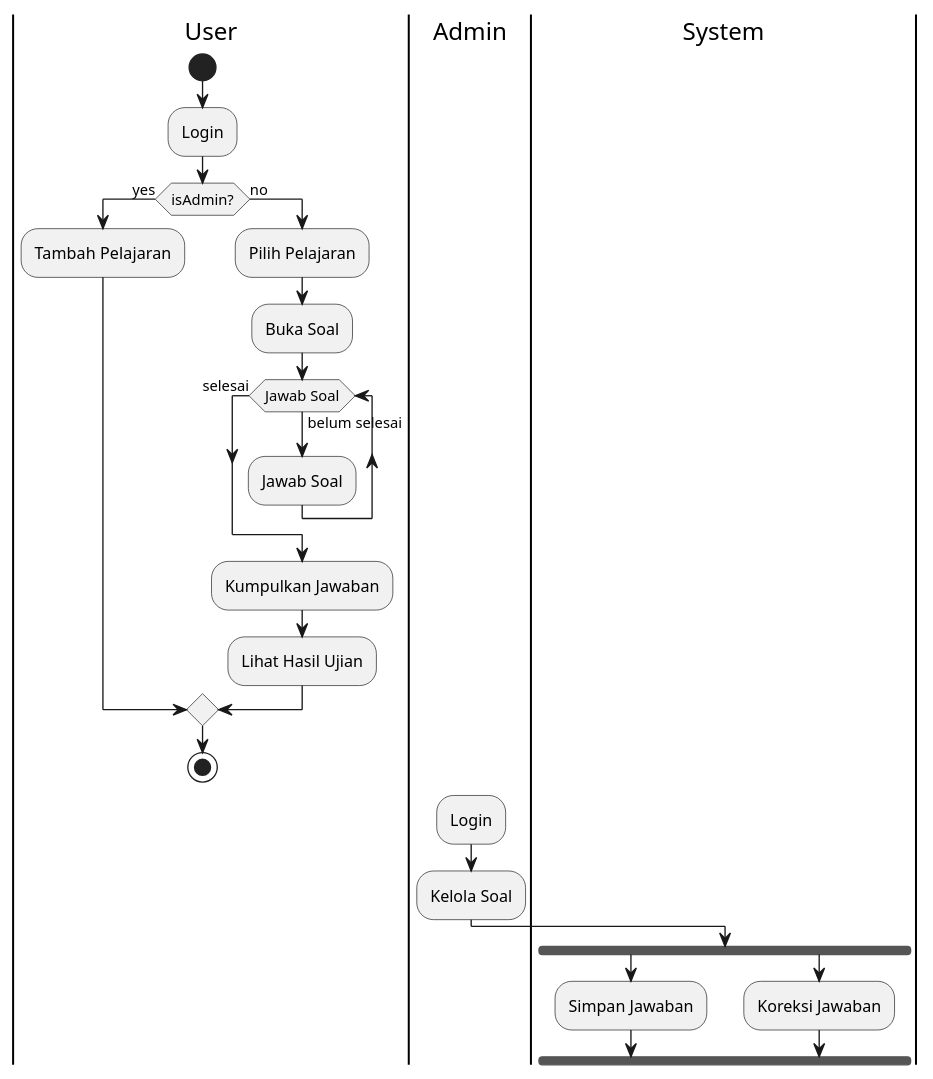
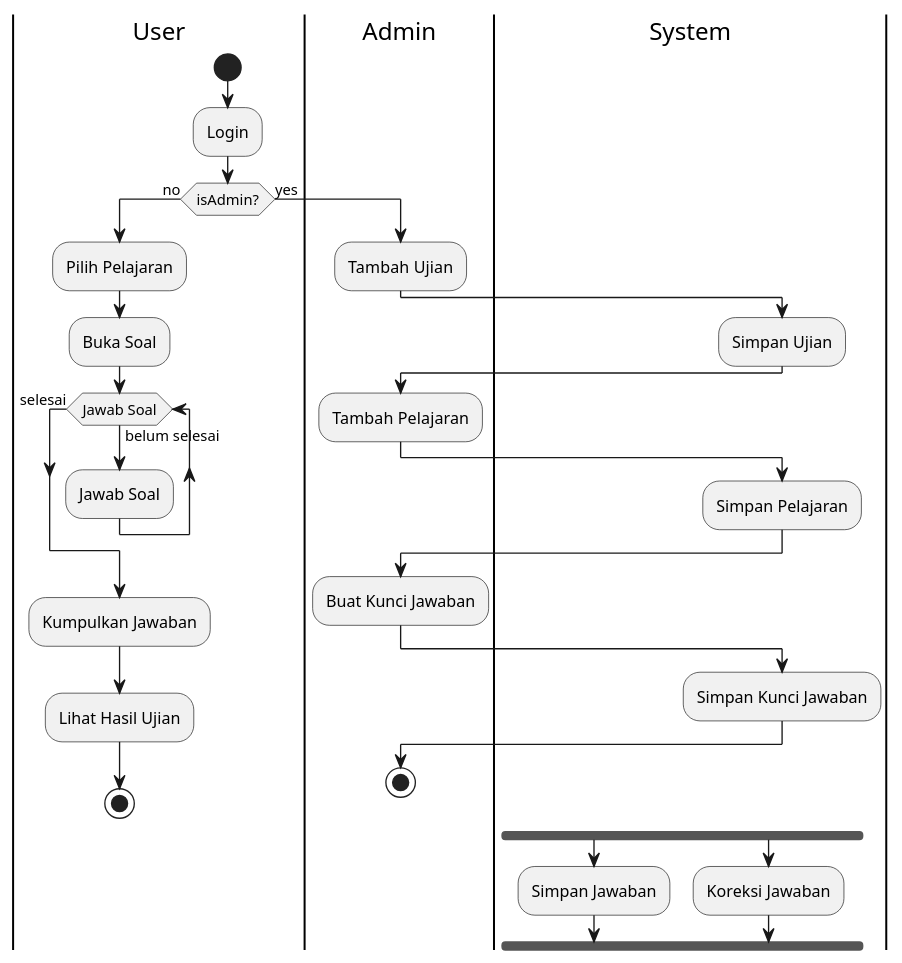
Before and after one commit to rizalalfadlil/Aplikasi: the diagram in additional files/activity diagram.puml, drawn with PlantUML. The commit also changed 6 other files, not shown here.

```diff
--- a/additional files/activity diagram.puml
+++ b/additional files/activity diagram.puml
@@ -1,26 +1,38 @@
 @startuml
 |User|
 start
 :Login;
-if (isAdmin?) then (yes)
-  :Tambah Pelajaran;
-else (no)
+if (isAdmin?) then (no)
+  
   :Pilih Pelajaran;
   :Buka Soal;
   while (Jawab Soal) is (belum selesai)
     :Jawab Soal;
   endwhile (selesai)
   :Kumpulkan Jawaban;
   :Lihat Hasil Ujian;
+  stop
+else (yes)
+  |Admin|
+  :Tambah Ujian;
+  |System|
+  :Simpan Ujian;
+  |Admin|
+  :Tambah Pelajaran;
+  |System|
+  :Simpan Pelajaran;
+  |Admin|
+  :Buat Kunci Jawaban;
+  |System|
+  :Simpan Kunci Jawaban;
+  |Admin|
+  stop
 endif
-stop
-|Admin|
-:Login;
-:Kelola Soal;
+
 |System|
 fork
   :Simpan Jawaban;
 fork again
   :Koreksi Jawaban;
 end fork
 @enduml
```
